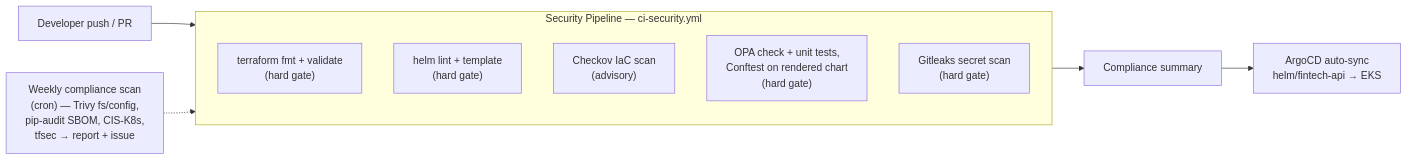
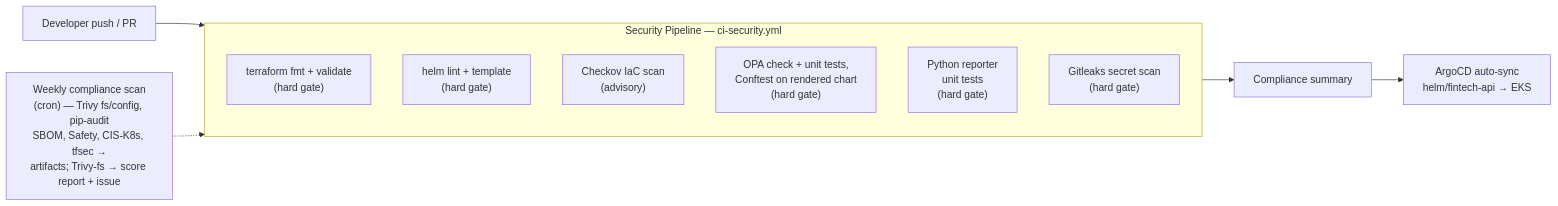
The second of 2 diagrams in README.md (shaikn6/fintech-devsecops-pipeline), drawn with Mermaid before and after one commit. The commit also changed other lines of this file and 4 other files, not shown here.

First line of the commit message:
test: unit-test compliance reporter, add CI gate, correct README overclaims (#29)

````diff
--- a/README.md
+++ b/README.md
@@ -57,18 +62,19 @@
 ```mermaid
 flowchart LR
     DEV[Developer push / PR] --> CI
 
     subgraph CI["Security Pipeline — ci-security.yml"]
         direction TB
         TF["terraform fmt + validate<br/>(hard gate)"]
         HELM["helm lint + template<br/>(hard gate)"]
         CKV["Checkov IaC scan<br/>(advisory)"]
         OPA["OPA check + unit tests,<br/>Conftest on rendered chart<br/>(hard gate)"]
+        PY["Python reporter<br/>unit tests<br/>(hard gate)"]
         GL["Gitleaks secret scan<br/>(hard gate)"]
     end
 
     CI --> SUM[Compliance summary]
     SUM --> ARGOCD["ArgoCD auto-sync<br/>helm/fintech-api → EKS"]
 
-    WEEKLY["Weekly compliance scan<br/>(cron) — Trivy fs/config,<br/>pip-audit SBOM, CIS-K8s,<br/>tfsec → report + issue"] -.-> CI
+    WEEKLY["Weekly compliance scan<br/>(cron) — Trivy fs/config, pip-audit<br/>SBOM, Safety, CIS-K8s, tfsec →<br/>artifacts; Trivy-fs → score report + issue"] -.-> CI
 ```
````
